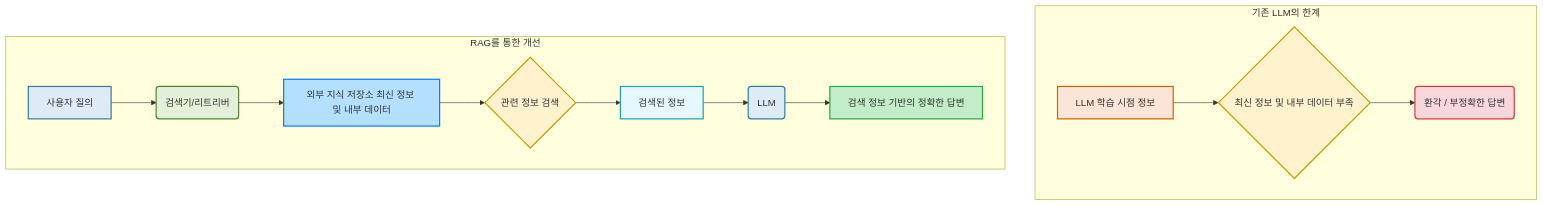
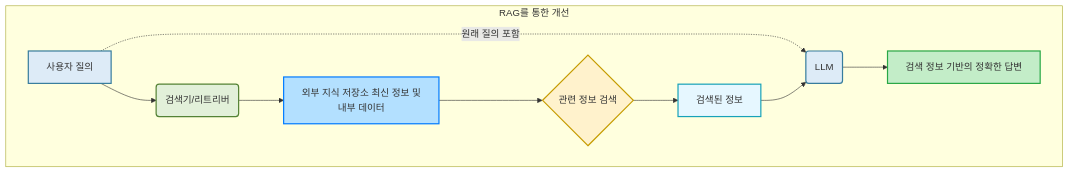
The fourth of 4 diagrams in ch01/sec01/01_llm.md (postforty/kor-it-langchain-class), drawn with Mermaid before and after one commit. The commit also changed other lines of this file and 5 other files, not shown here.

First line of the commit message:
docs: 생성형 AI 및 에이전트 핵심 이론 교안 기술 오류 수정 및 다이어그램 고도화

````diff
--- a/ch01/sec01/01_llm.md
+++ b/ch01/sec01/01_llm.md
@@ -192,28 +205,20 @@
 ```mermaid
 graph TD
-    subgraph "기존 LLM의 한계"
-        A[LLM 학습 시점 정보] --> B{최신 정보 및 내부 데이터 부족};
-        B --> C(환각 / 부정확한 답변);
-    end
-
     subgraph "RAG를 통한 개선"
         D[사용자 질의] --> E(검색기/리트리버);
-        E --> F[외부 지식 저장소 최신 정보 및 내부 데이터];
+        D -. "원래 질의 포함" .-> I;
+        E --> F[외부 지식 저장소 최신 정보 및<br>내부 데이터];
         F --> G{관련 정보 검색};
         G --> H[검색된 정보];
         H --> I(LLM);
         I --> J[검색 정보 기반의 정확한 답변];
     end
-
-    style A fill:#FCE4D6,stroke:#D66000,stroke-width:2px;
-    style B fill:#FFF2CC,stroke:#C69C00,stroke-width:2px;
-    style C fill:#F8D7DA,stroke:#DC3545,stroke-width:2px;
 
     style D fill:#DDEBF7,stroke:#367C9D,stroke-width:2px;
     style E fill:#E2F0D9,stroke:#548235,stroke-width:2px;
     style F fill:#B3E0FF,stroke:#007bff,stroke-width:2px;
     style G fill:#FFF2CC,stroke:#C69C00,stroke-width:2px;
     style H fill:#E6F7FF,stroke:#17A2B8,stroke-width:2px;
     style I fill:#DDEBF7,stroke:#367C9D,stroke-width:2px;
     style J fill:#C3EDC8,stroke:#28A745,stroke-width:2px;
 ```
````
